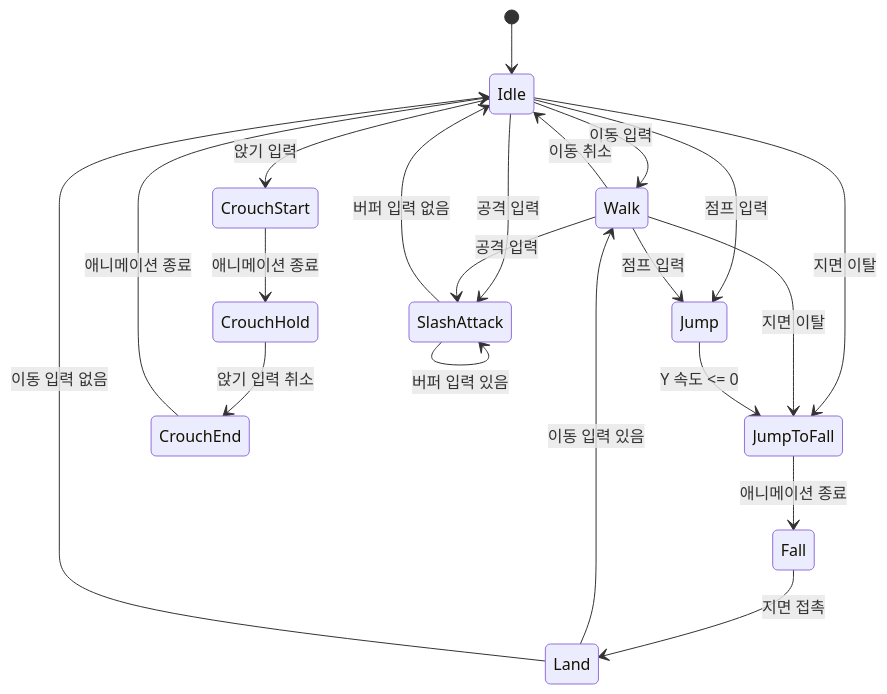
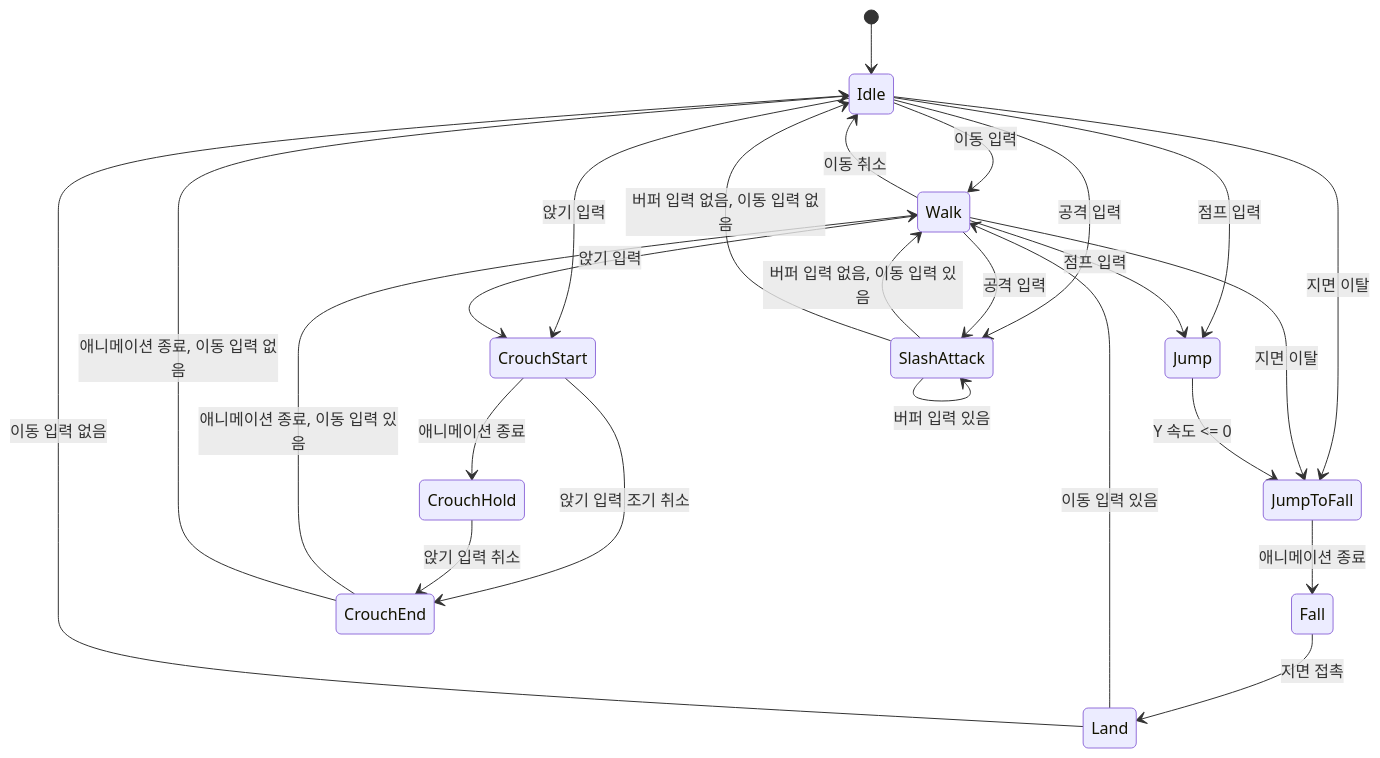
The diagram in DarkSeries/Docs/CodeAnalysis.md (woo1590/DarkSeries), drawn with Mermaid before and after one commit. The commit also changed other lines of this file and 18 other files, not shown here.

````diff
--- a/DarkSeries/Docs/CodeAnalysis.md
+++ b/DarkSeries/Docs/CodeAnalysis.md
@@ -235,27 +239,31 @@
 ```mermaid
 stateDiagram-v2
     [*] --> Idle
     Idle --> Walk: 이동 입력
     Idle --> Jump: 점프 입력
     Idle --> SlashAttack: 공격 입력
     Idle --> CrouchStart: 앉기 입력
     Idle --> JumpToFall: 지면 이탈
 
     Walk --> Idle: 이동 취소
     Walk --> Jump: 점프 입력
     Walk --> SlashAttack: 공격 입력
+    Walk --> CrouchStart: 앉기 입력
     Walk --> JumpToFall: 지면 이탈
 
     Jump --> JumpToFall: Y 속도 <= 0
     JumpToFall --> Fall: 애니메이션 종료
     Fall --> Land: 지면 접촉
     Land --> Walk: 이동 입력 있음
     Land --> Idle: 이동 입력 없음
 
     SlashAttack --> SlashAttack: 버퍼 입력 있음
-    SlashAttack --> Idle: 버퍼 입력 없음
+    SlashAttack --> Walk: 버퍼 입력 없음, 이동 입력 있음
+    SlashAttack --> Idle: 버퍼 입력 없음, 이동 입력 없음
 
     CrouchStart --> CrouchHold: 애니메이션 종료
+    CrouchStart --> CrouchEnd: 앉기 입력 조기 취소
     CrouchHold --> CrouchEnd: 앉기 입력 취소
-    CrouchEnd --> Idle: 애니메이션 종료
+    CrouchEnd --> Walk: 애니메이션 종료, 이동 입력 있음
+    CrouchEnd --> Idle: 애니메이션 종료, 이동 입력 없음
 ```
````
